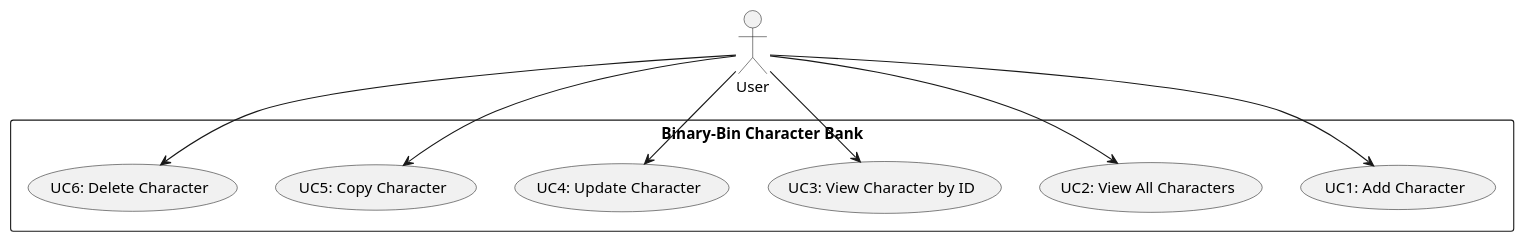
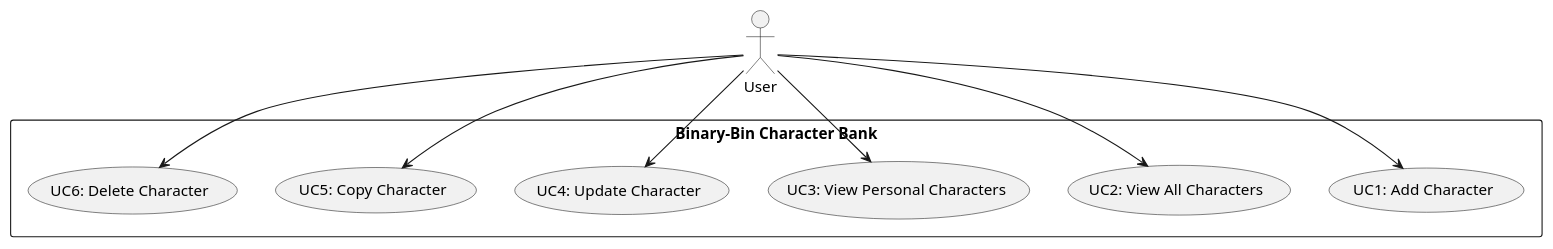
One commit to msu-denver/Binary-Bin-Character-Bank changed the diagram in uml/use-case.wsd. Above: the diagram before and after it, drawn with PlantUML. The commit also changed 2 other files, not shown here.

```diff
--- a/uml/use-case.wsd
+++ b/uml/use-case.wsd
@@ -1,21 +1,21 @@
 @startuml
 
 actor User
 
 rectangle "Binary-Bin Character Bank" {
     usecase "UC1: Add Character" as UC1
     usecase "UC2: View All Characters" as UC2
-    usecase "UC3: View Character by ID" as UC3
+    usecase "UC3: View Personal Characters" as UC3
     usecase "UC4: Update Character" as UC4
     usecase "UC5: Copy Character" as UC5
     usecase "UC6: Delete Character" as UC6
 }
 
 User --> UC1
 User --> UC2
 User --> UC3
 User --> UC4
 User --> UC5
 User --> UC6
 
 @enduml
```
